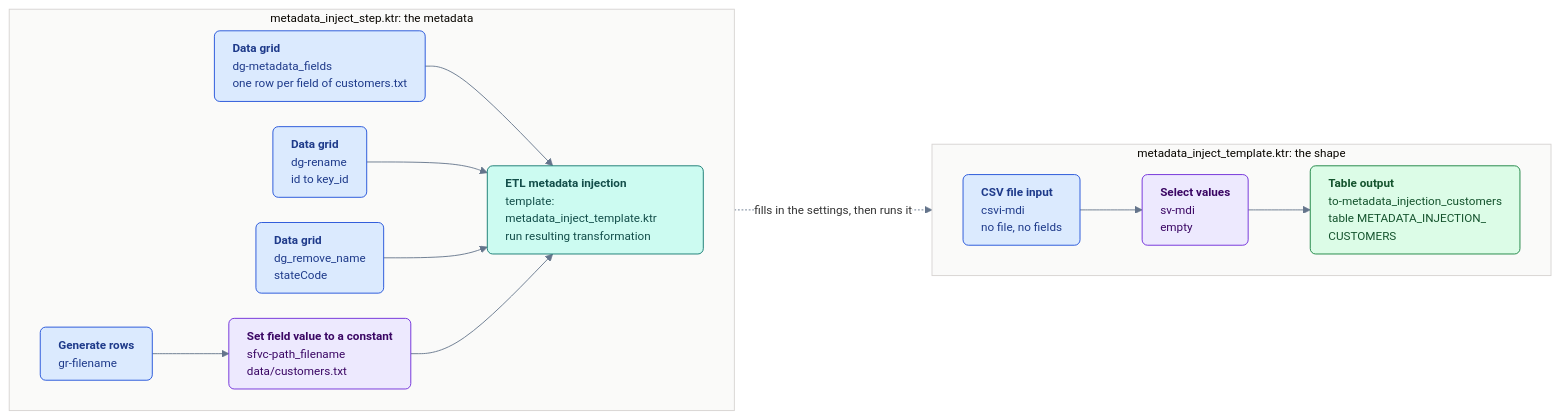
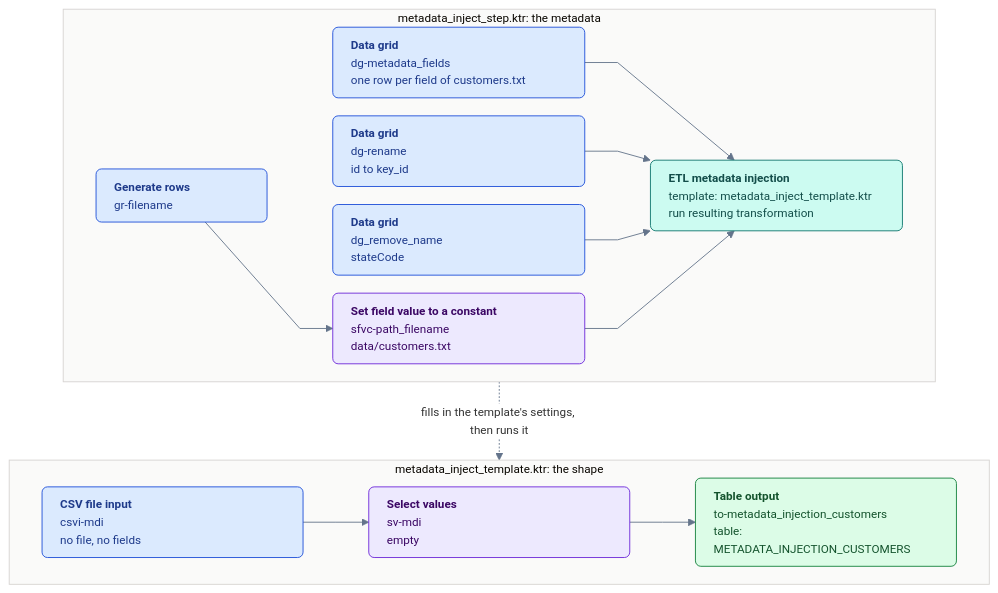
The diagram in developer-di-practitioner/_assets/diagrams/metadata-injection-onboarding.mmd (jporeilly/Pentaho-Courses), drawn with Mermaid before and after one commit. The commit also changed 3 other files, not shown here.

```diff
--- a/developer-di-practitioner/_assets/diagrams/metadata-injection-onboarding.mmd
+++ b/developer-di-practitioner/_assets/diagrams/metadata-injection-onboarding.mmd
@@ -1,28 +1,31 @@
-%%{init: {"theme":"base","themeVariables":{"fontFamily":"Segoe UI, Helvetica, Arial, sans-serif","fontSize":"13px","lineColor":"#64748b","clusterBkg":"#fafaf9","clusterBorder":"#d6d3d1","edgeLabelBackground":"#ffffff"},"flowchart":{"curve":"basis","nodeSpacing":28,"rankSpacing":44,"padding":10,"htmlLabels":true}}}%%
-flowchart LR
+%%{init: {"theme":"base","themeVariables":{"fontFamily":"Segoe UI, Helvetica, Arial, sans-serif","fontSize":"13px","lineColor":"#64748b","clusterBkg":"#fafaf9","clusterBorder":"#d6d3d1","edgeLabelBackground":"#ffffff"},"flowchart":{"curve":"linear","nodeSpacing":20,"rankSpacing":48,"padding":10,"htmlLabels":true}}}%%
+flowchart TB
   classDef input fill:#dbeafe,stroke:#1d4ed8,color:#1e3a8a,text-align:left,rx:6,ry:6
   classDef enrich fill:#ede9fe,stroke:#6d28d9,color:#3b0764,text-align:left,rx:6,ry:6
   classDef inject fill:#ccfbf1,stroke:#0f766e,color:#134e4a,text-align:left,rx:6,ry:6
   classDef output fill:#dcfce7,stroke:#15803d,color:#14532d,text-align:left,rx:6,ry:6
   subgraph injector ["metadata_inject_step.ktr: the metadata"]
     direction LR
-    A["<b>Data grid</b><br/>dg-metadata_fields<br/>one row per field of customers.txt"]:::input
-    B["<b>Data grid</b><br/>dg-rename<br/>id to key_id"]:::input
-    C["<b>Data grid</b><br/>dg_remove_name<br/>stateCode"]:::input
-    D["<b>Generate rows</b><br/>gr-filename"]:::input
-    E["<b>Set field value to a constant</b><br/>sfvc-path_filename<br/>data/customers.txt"]:::enrich
-    M["<b>ETL metadata injection</b><br/>template: metadata_inject_template.ktr<br/>run resulting transformation"]:::inject
+    D["<div style='width:150px'><b>Generate rows</b><br/>gr-filename</div>"]:::input
+    A["<div style='width:240px'><b>Data grid</b><br/>dg-metadata_fields<br/>one row per field of customers.txt</div>"]:::input
+    B["<div style='width:240px'><b>Data grid</b><br/>dg-rename<br/>id to key_id</div>"]:::input
+    C["<div style='width:240px'><b>Data grid</b><br/>dg_remove_name<br/>stateCode</div>"]:::input
+    E["<div style='width:240px'><b>Set field value to a constant</b><br/>sfvc-path_filename<br/>data/customers.txt</div>"]:::enrich
+    M["<div style='width:240px'><b>ETL metadata injection</b><br/>template: metadata_inject_template.ktr<br/>run resulting transformation</div>"]:::inject
+    D ~~~ A
+    D ~~~ B
+    D ~~~ C
     D --> E
     A --> M
     B --> M
     C --> M
     E --> M
   end
   subgraph template ["metadata_inject_template.ktr: the shape"]
     direction LR
-    T1["<b>CSV file input</b><br/>csvi-mdi<br/>no file, no fields"]:::input
-    T2["<b>Select values</b><br/>sv-mdi<br/>empty"]:::enrich
-    T3["<b>Table output</b><br/>to-metadata_injection_customers<br/>table METADATA_INJECTION_<br/>CUSTOMERS"]:::output
+    T1["<div style='width:250px'><b>CSV file input</b><br/>csvi-mdi<br/>no file, no fields</div>"]:::input
+    T2["<div style='width:250px'><b>Select values</b><br/>sv-mdi<br/>empty</div>"]:::enrich
+    T3["<div style='width:250px'><b>Table output</b><br/>to-metadata_injection_customers<br/>table:<br/>METADATA_INJECTION_CUSTOMERS</div>"]:::output
     T1 --> T2 --> T3
   end
-  M -.->|fills in the settings, then runs it| T1
+  injector -.->|"fills in the template's settings, then runs it"| template
```
